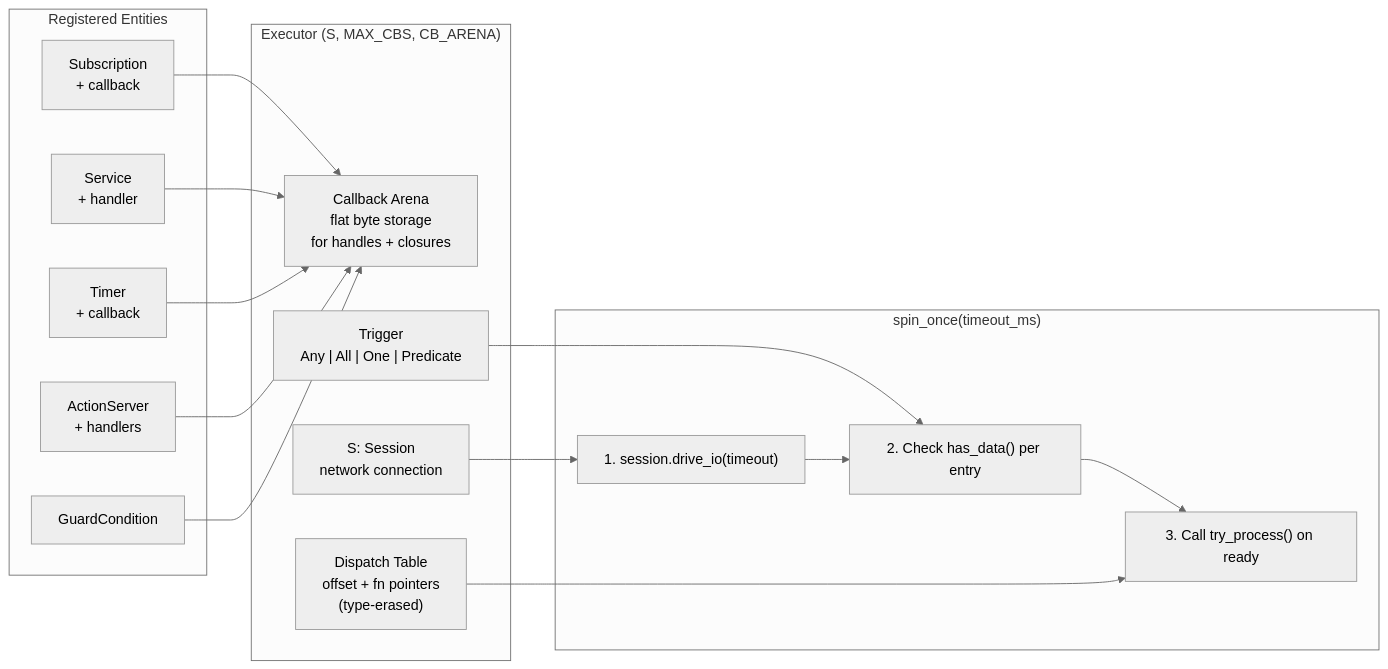
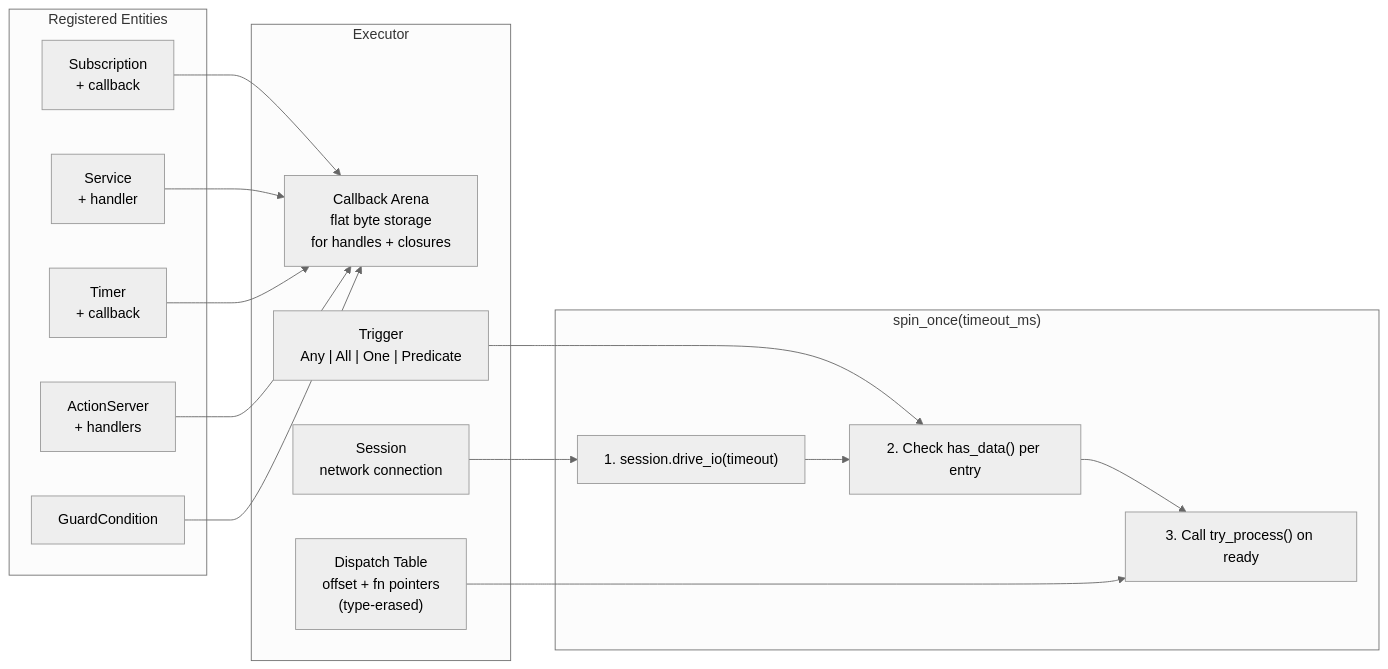
One commit to NEWSLabNTU/nano-ros changed the fifth of 15 diagrams in docs/design/architecture-overview.md. Above: the diagram before and after it, drawn with Mermaid (neutral theme). The commit also changed other lines of this file and 9 other files, not shown here.

````diff
--- a/docs/design/architecture-overview.md
+++ b/docs/design/architecture-overview.md
@@ -279,34 +279,34 @@
 ```mermaid
 graph LR
     subgraph REG ["Registered Entities"]
         SUB["Subscription\n+ callback"]
         SVC["Service\n+ handler"]
         TMR["Timer\n+ callback"]
         ACT["ActionServer\n+ handlers"]
         GC["GuardCondition"]
     end
 
-    subgraph EXEC ["Executor (S, MAX_CBS, CB_ARENA)"]
+    subgraph EXEC ["Executor"]
         ARENA["Callback Arena\nflat byte storage\nfor handles + closures"]
         ENTRIES["Dispatch Table\noffset + fn pointers\n(type-erased)"]
-        SESSION["S: Session\nnetwork connection"]
+        SESSION["Session\nnetwork connection"]
         TRIGGER["Trigger\nAny | All | One | Predicate"]
     end
 
     subgraph SPIN ["spin_once(timeout_ms)"]
         IO["1. session.drive_io(timeout)"]
         CHECK["2. Check has_data() per entry"]
         DISPATCH["3. Call try_process() on ready"]
     end
 
     SUB --> ARENA
     SVC --> ARENA
     TMR --> ARENA
     ACT --> ARENA
     GC --> ARENA
 
     SESSION --> IO
     TRIGGER --> CHECK
     IO --> CHECK --> DISPATCH
     ENTRIES --> DISPATCH
 ```
````
